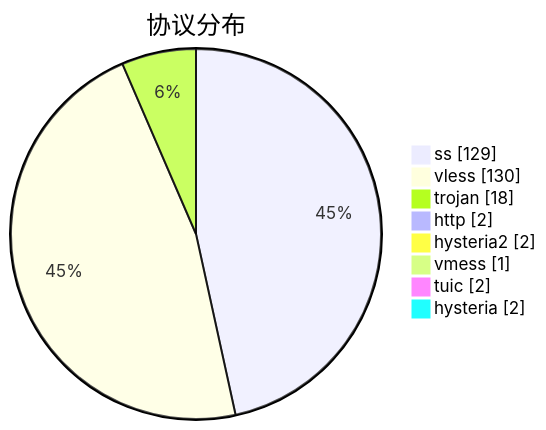
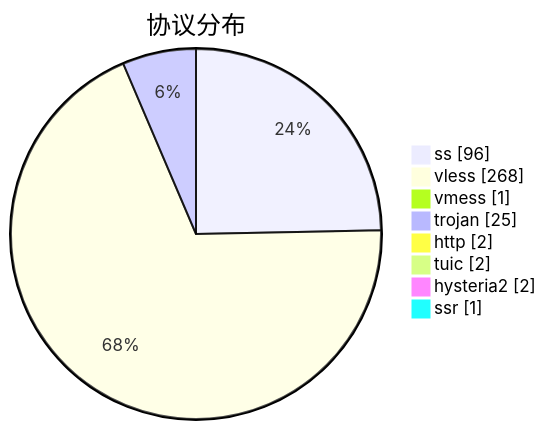
One commit to qjlxg/airport changed the third of 3 diagrams in subs/statistics/tested_within.md. Above: the diagram before and after it, drawn with Mermaid. The commit also changed other lines of this file and 2 other files, not shown here.

````diff
--- a/subs/statistics/tested_within.md
+++ b/subs/statistics/tested_within.md
@@ -30,12 +30,12 @@
 ```mermaid
 pie showData
 title 协议分布
-"ss" : 129
-"vless" : 130
-"trojan" : 18
+"ss" : 96
+"vless" : 268
+"vmess" : 1
+"trojan" : 25
 "http" : 2
+"tuic" : 2
 "hysteria2" : 2
-"vmess" : 1
-"tuic" : 2
-"hysteria" : 2
+"ssr" : 1
 ```
````
